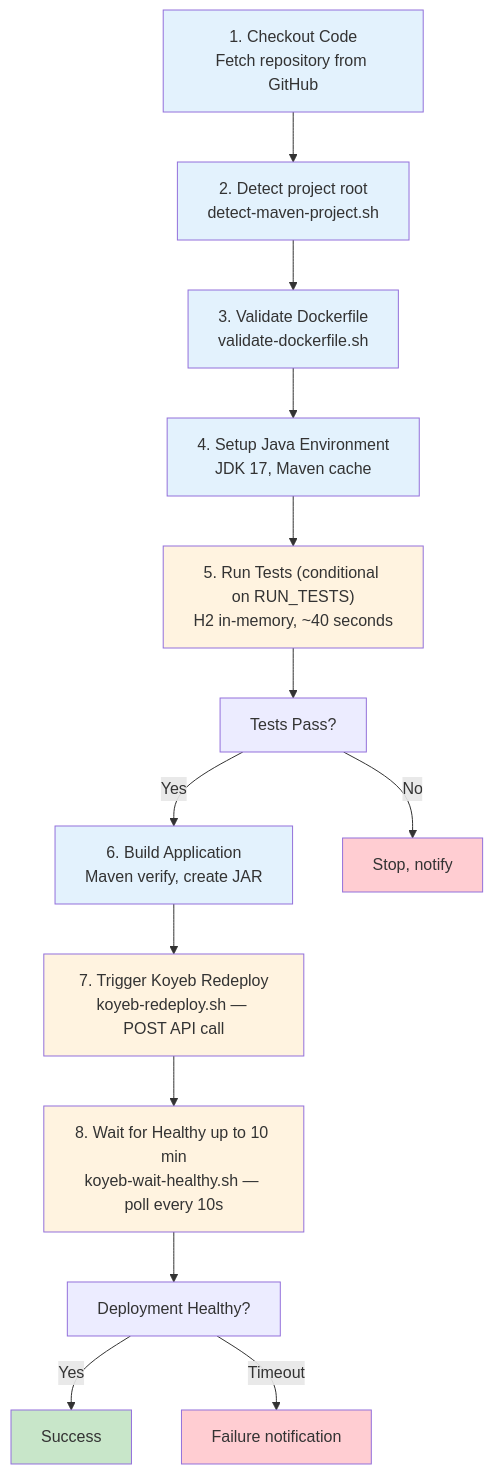
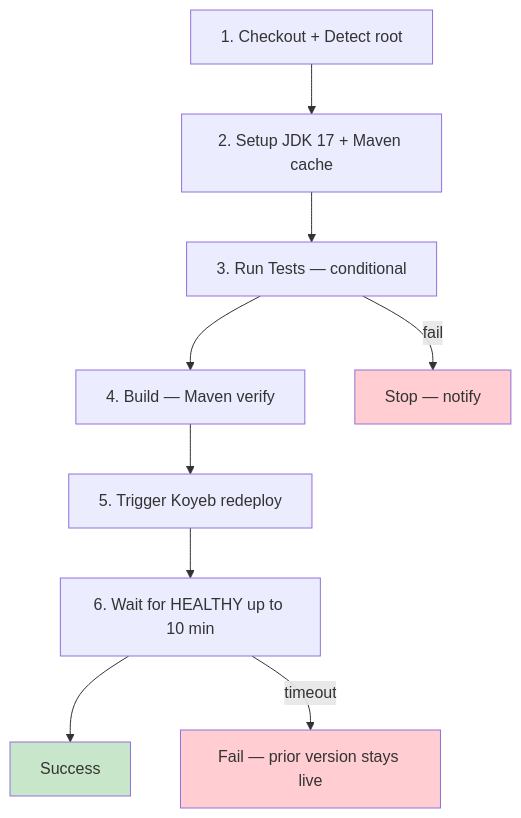
Before and after one commit to Keglev/stockease: the diagram in docs/architecture/deployment/ci-pipeline.md, drawn with Mermaid. The commit also changed other lines of this file and 45 other files, not shown here.

Commit message:
refactored and reviewed all architecture docs; fix broken links in .html file for displaying the docs

````diff
--- a/docs/architecture/deployment/ci-pipeline.md
+++ b/docs/architecture/deployment/ci-pipeline.md
@@ -35,30 +34,15 @@
 ```mermaid
 graph TD
-    A["1. Checkout Code<br/>Fetch repository from GitHub"] --> B["2. Detect project root<br/>detect-maven-project.sh"]
-    B --> C["3. Validate Dockerfile<br/>validate-dockerfile.sh"]
-    C --> D["4. Setup Java Environment<br/>JDK 17, Maven cache"]
-    D --> E["5. Run Tests (conditional on RUN_TESTS)<br/>H2 in-memory, ~40 seconds"]
+    A[1. Checkout + Detect root] --> B[2. Setup JDK 17 + Maven cache]
+    B --> C[3. Run Tests — conditional]
+    C --> D[4. Build — Maven verify]
+    D --> E[5. Trigger Koyeb redeploy]
+    E --> F[6. Wait for HEALTHY up to 10 min]
+    F --> G[Success]
+    C -->|fail| X[Stop — notify]
+    F -->|timeout| Y[Fail — prior version stays live]
 
-    E --> F["Tests Pass?"]
-    F -->|Yes| G["6. Build Application<br/>Maven verify, create JAR"]
-    F -->|No| H["Stop, notify"]
-
-    G --> I["7. Trigger Koyeb Redeploy<br/>koyeb-redeploy.sh — POST API call"]
-    I --> J["8. Wait for Healthy up to 10 min<br/>koyeb-wait-healthy.sh — poll every 10s"]
-
-    J --> K["Deployment Healthy?"]
-    K -->|Yes| L[Success]
-    K -->|Timeout| M["Failure notification"]
-
-    style A fill:#e3f2fd
-    style B fill:#e3f2fd
-    style C fill:#e3f2fd
-    style D fill:#e3f2fd
-    style E fill:#fff3e0
-    style G fill:#e3f2fd
-    style I fill:#fff3e0
-    style J fill:#fff3e0
-    style L fill:#c8e6c9
-    style H fill:#ffcdd2
-    style M fill:#ffcdd2
+    style G fill:#c8e6c9
+    style X fill:#ffcdd2
+    style Y fill:#ffcdd2
 ```
````
